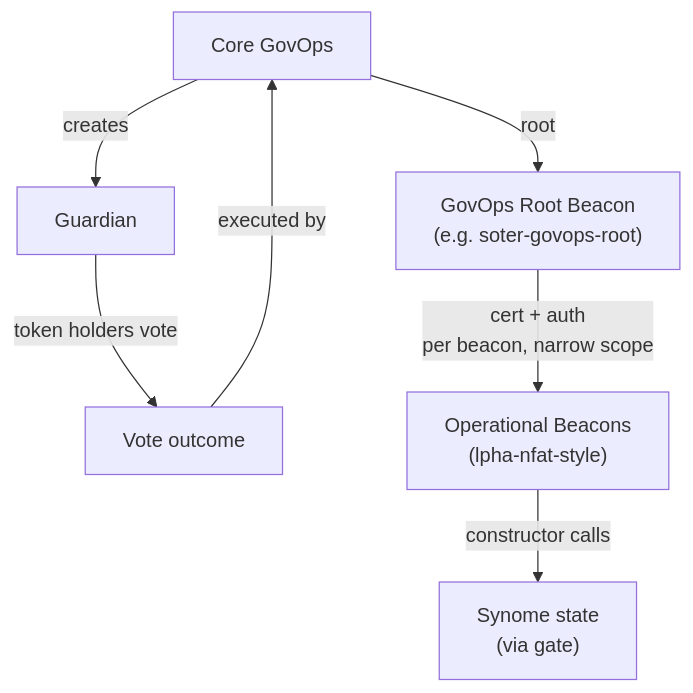
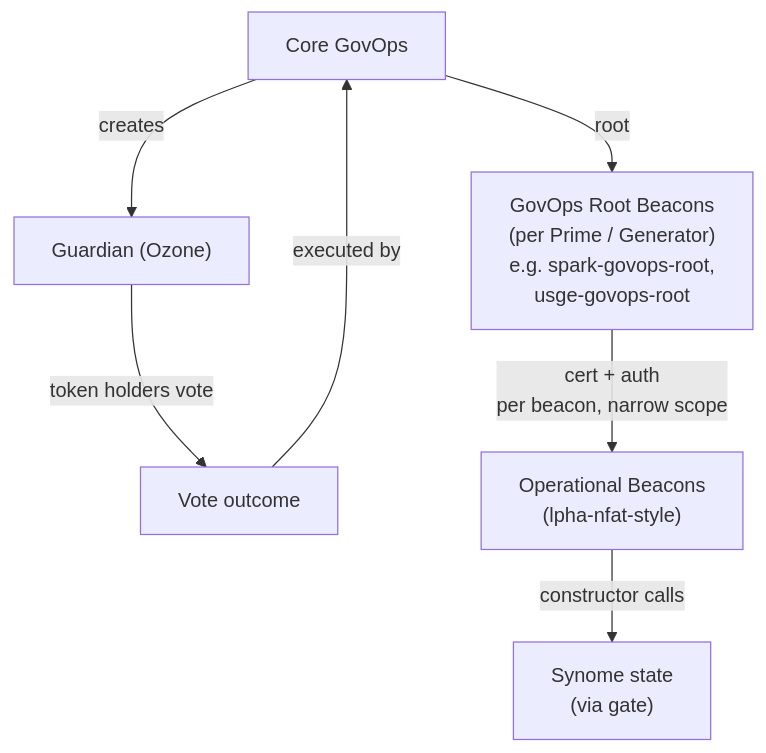
Before and after one commit to sky-ecosystem/laniakea-docs: the second of 6 diagrams in synomics/noemar-synlang/syn-overview.md, drawn with Mermaid. The commit also changed other lines of this file and 6 other files, not shown here.

First line of the commit message:
Adopt Ozone single-guardian topology; rename USDS Generator USGE

````diff
--- a/synomics/noemar-synlang/syn-overview.md
+++ b/synomics/noemar-synlang/syn-overview.md
@@ -97,9 +97,9 @@
 ```mermaid
 flowchart TD
-    CG[Core GovOps] -->|creates| G[Guardian]
+    CG[Core GovOps] -->|creates| G["Guardian (Ozone)"]
     G -->|token holders vote| VO[Vote outcome]
     VO -->|executed by| CG
-    CG -->|root| GR["GovOps Root Beacon<br/>(e.g. soter-govops-root)"]
+    CG -->|root| GR["GovOps Root Beacons<br/>(per Prime / Generator)<br/>e.g. spark-govops-root,<br/>usge-govops-root"]
     GR -->|"cert + auth<br/>per beacon, narrow scope"| OB["Operational Beacons<br/>(lpha-nfat-style)"]
     OB -->|constructor calls| SS["Synome state<br/>(via gate)"]
 ```
````
